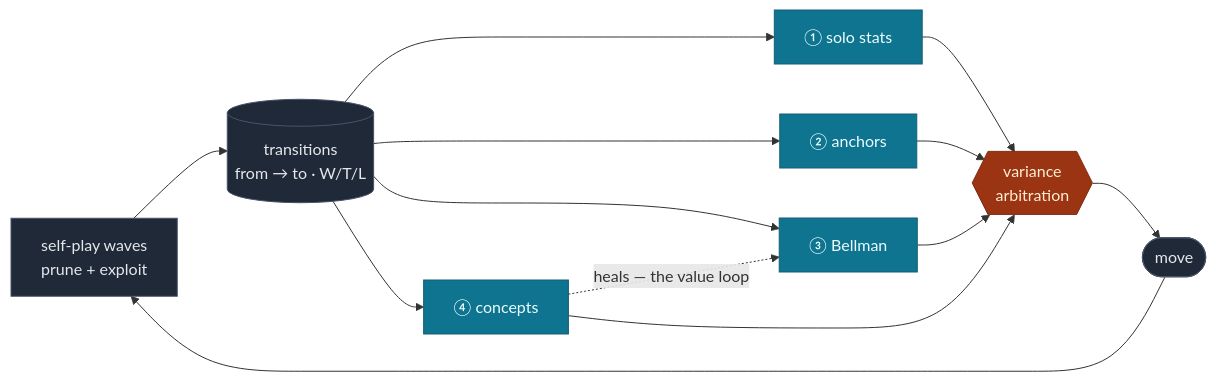
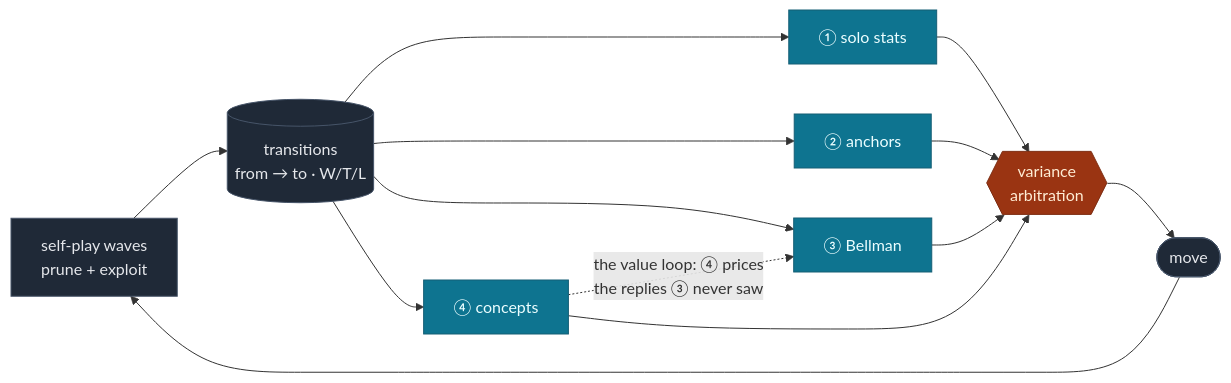
One commit to MatheweB/WiseExplorer changed the second of 9 diagrams in README.md. Above: the diagram before and after it, drawn with Mermaid. The commit also changed other lines of this file and 3 other files, not shown here.

````diff
--- a/README.md
+++ b/README.md
@@ -87,21 +87,21 @@
 ```mermaid
 flowchart LR
     classDef src fill:#1f2937,stroke:#475569,color:#e5e7eb
     classDef sig fill:#0e7490,stroke:#155e75,color:#ecfeff
     classDef arb fill:#9a3412,stroke:#7c2d12,color:#ffedd5
     SP["self-play waves<br/>prune + exploit"] --> T[("transitions<br/>from → to · W/T/L")]
     T --> S1["① solo stats"]
     T --> S2["② anchors"]
     T --> S3["③ Bellman"]
     T --> S4["④ concepts"]
-    S4 -.->|"heals — the value loop"| S3
+    S4 -.->|"the value loop: ④ prices<br/>the replies ③ never saw"| S3
     S1 --> V{{"variance<br/>arbitration"}}
     S2 --> V
     S3 --> V
     S4 --> V
     V --> M(["move"])
     M --> SP
     class SP,T,M src
     class S1,S2,S3,S4 sig
     class V arb
 ```
````
